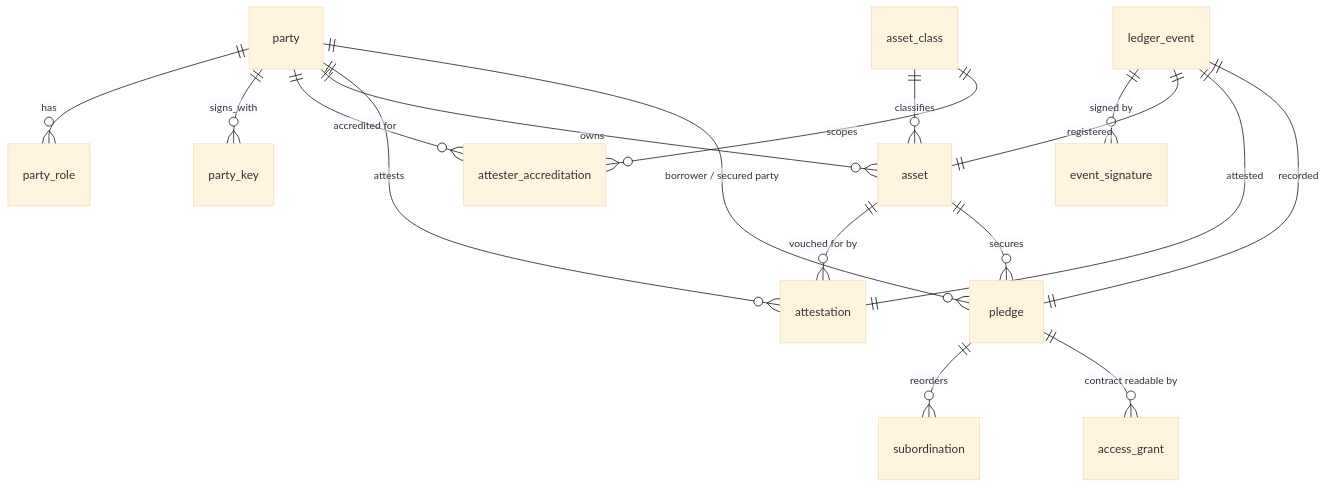
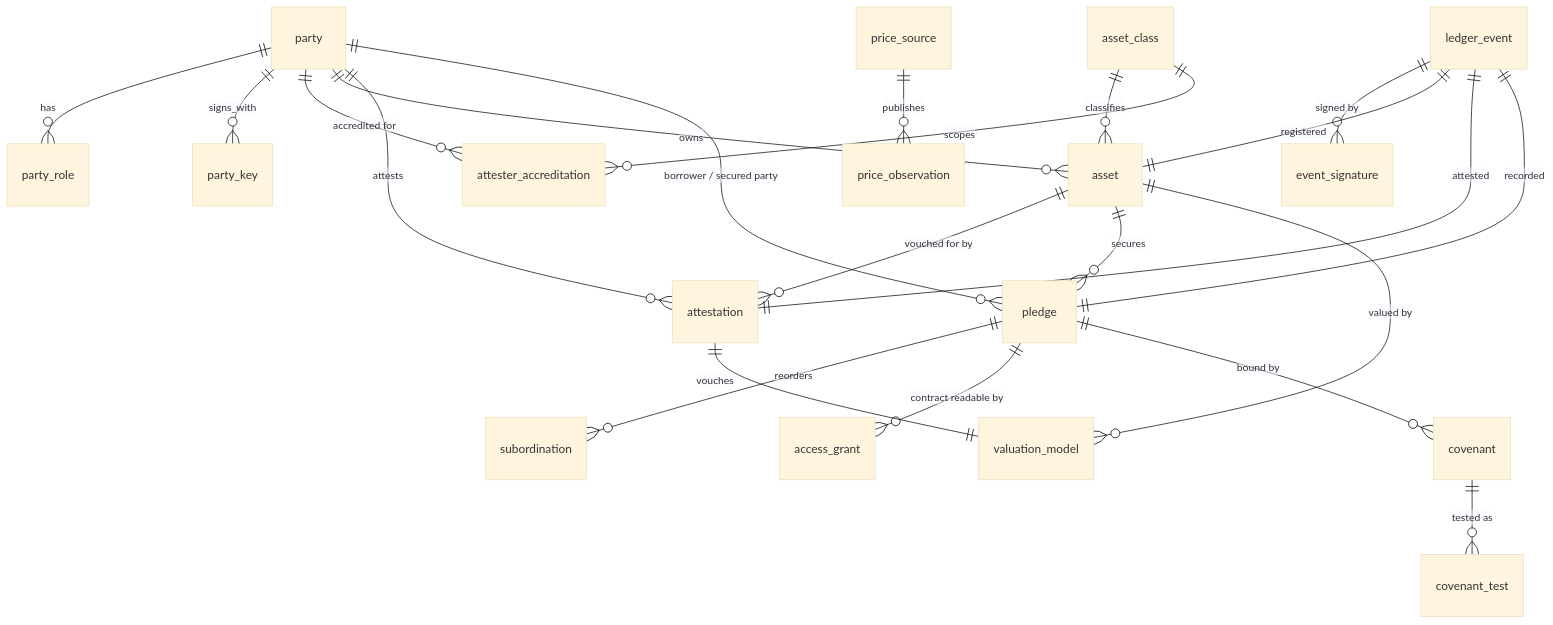
Before and after one commit to chaffed/collateral-registry: the second of 4 diagrams in docs/02-data-model.md, drawn with Mermaid (base theme). The commit also changed other lines of this file and 7 other files, not shown here.

First line of the commit message:
Add asset valuation and covenant monitoring

````diff
--- a/docs/02-data-model.md
+++ b/docs/02-data-model.md
@@ -28,19 +28,24 @@
 ```mermaid
 erDiagram
     party ||--o{ party_role : has
     party ||--o{ party_key : signs_with
     party ||--o{ attester_accreditation : "accredited for"
     asset_class ||--o{ asset : classifies
     asset_class ||--o{ attester_accreditation : scopes
     party ||--o{ asset : owns
     asset ||--o{ attestation : "vouched for by"
     party ||--o{ attestation : attests
     asset ||--o{ pledge : "secures"
     party ||--o{ pledge : "borrower / secured party"
     pledge ||--o{ subordination : reorders
     pledge ||--o{ access_grant : "contract readable by"
+    asset ||--o{ valuation_model : "valued by"
+    attestation ||--|| valuation_model : vouches
+    price_source ||--o{ price_observation : publishes
+    pledge ||--o{ covenant : "bound by"
+    covenant ||--o{ covenant_test : "tested as"
     ledger_event ||--o{ event_signature : "signed by"
     ledger_event ||--|| asset : registered
     ledger_event ||--|| attestation : attested
     ledger_event ||--|| pledge : recorded
 ```
````
